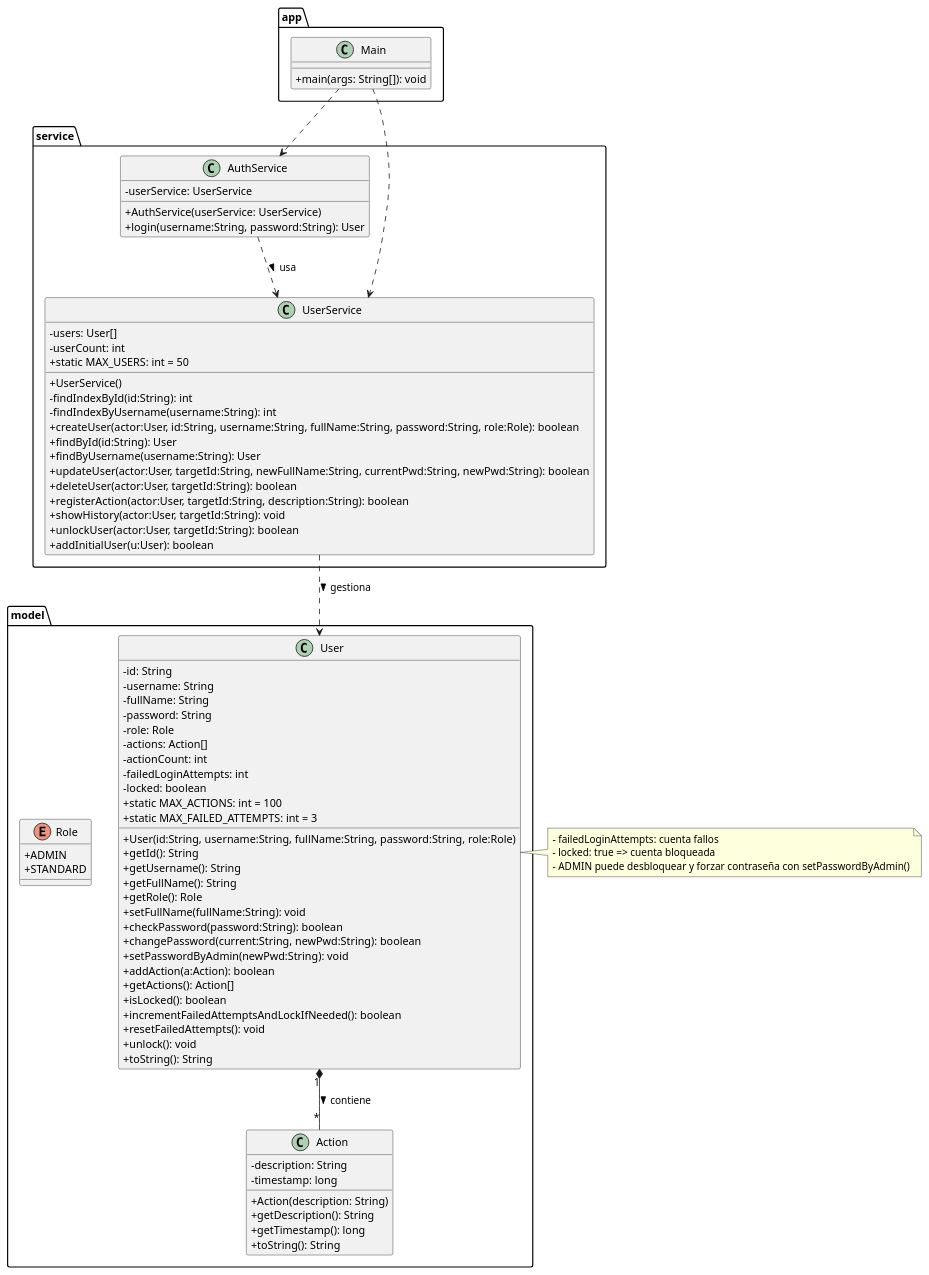
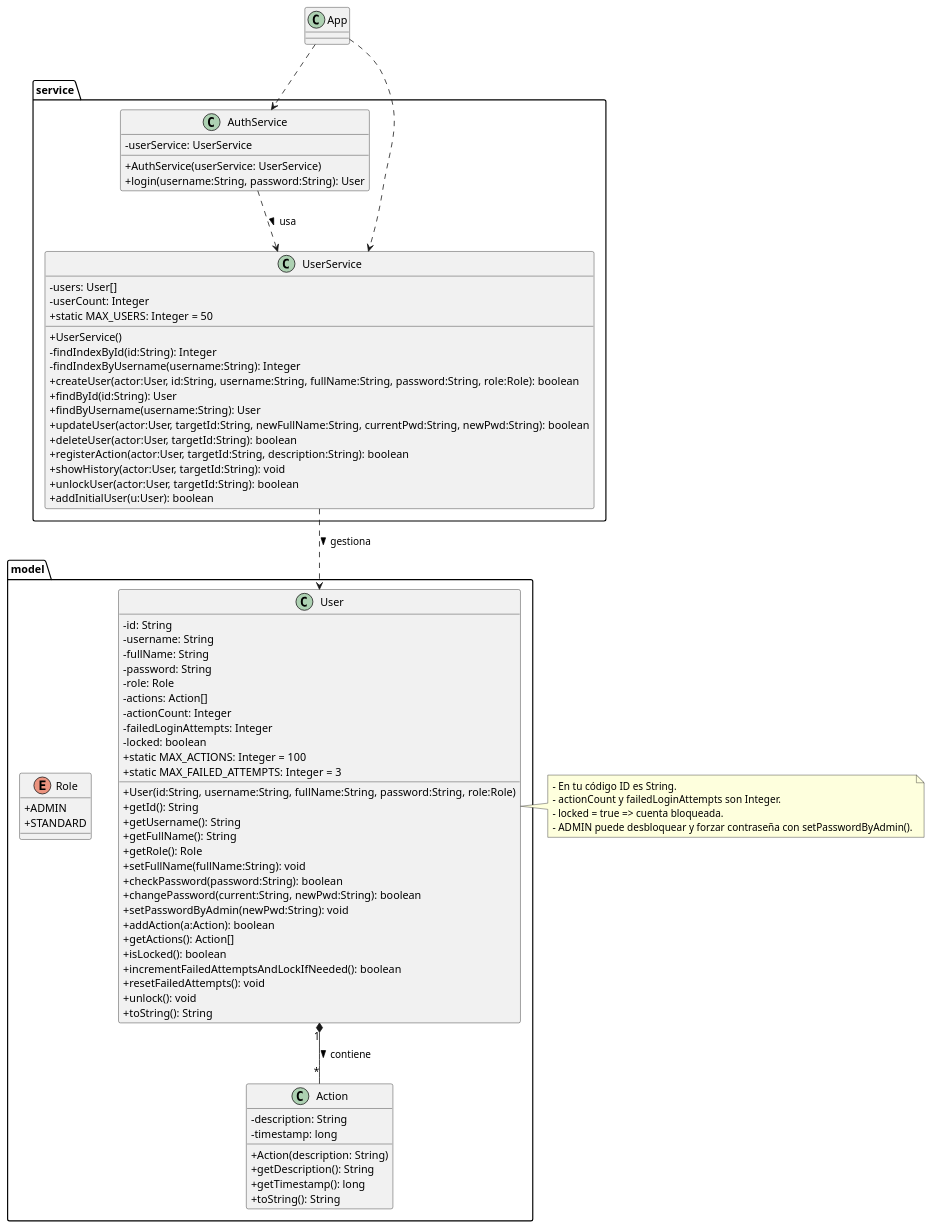
Before and after one commit to AXELR17/Curso-Java---Proyecto-2: the first of 3 diagrams in Uml/GestionClientes.plantuml, drawn with PlantUML. The commit also changed other lines of this file, not shown here.

Commit message:
Arreglo uml

```diff
--- a/Uml/GestionClientes.plantuml
+++ b/Uml/GestionClientes.plantuml
@@ -2,95 +2,91 @@
-@startumlGestionClientes
+@startuml GestionClientes
 skinparam classAttributeIconSize 0
 
 package model {
     enum Role {
         + ADMIN
         + STANDARD
     }
 
     class Action {
         - description: String
         - timestamp: long
         + Action(description: String)
         + getDescription(): String
         + getTimestamp(): long
         + toString(): String
     }
 
     class User {
         - id: String
         - username: String
         - fullName: String
         - password: String
         - role: Role
         - actions: Action[]
-        - actionCount: int
-        - failedLoginAttempts: int
+        - actionCount: Integer
+        - failedLoginAttempts: Integer
         - locked: boolean
-        + static MAX_ACTIONS: int = 100
-        + static MAX_FAILED_ATTEMPTS: int = 3
+        + static MAX_ACTIONS: Integer = 100
+        + static MAX_FAILED_ATTEMPTS: Integer = 3
         + User(id:String, username:String, fullName:String, password:String, role:Role)
         + getId(): String
         + getUsername(): String
         + getFullName(): String
         + getRole(): Role
         + setFullName(fullName:String): void
         + checkPassword(password:String): boolean
         + changePassword(current:String, newPwd:String): boolean
         + setPasswordByAdmin(newPwd:String): void
         + addAction(a:Action): boolean
         + getActions(): Action[]
         + isLocked(): boolean
         + incrementFailedAttemptsAndLockIfNeeded(): boolean
         + resetFailedAttempts(): void
         + unlock(): void
         + toString(): String
     }
 }
 
 package service {
     class UserService {
         - users: User[]
-        - userCount: int
-        + static MAX_USERS: int = 50
+        - userCount: Integer
+        + static MAX_USERS: Integer = 50
         + UserService()
-        - findIndexById(id:String): int
-        - findIndexByUsername(username:String): int
+        - findIndexById(id:String): Integer
+        - findIndexByUsername(username:String): Integer
         + createUser(actor:User, id:String, username:String, fullName:String, password:String, role:Role): boolean
         + findById(id:String): User
         + findByUsername(username:String): User
         + updateUser(actor:User, targetId:String, newFullName:String, currentPwd:String, newPwd:String): boolean
         + deleteUser(actor:User, targetId:String): boolean
         + registerAction(actor:User, targetId:String, description:String): boolean
         + showHistory(actor:User, targetId:String): void
         + unlockUser(actor:User, targetId:String): boolean
         + addInitialUser(u:User): boolean
     }
 
     class AuthService {
         - userService: UserService
         + AuthService(userService: UserService)
         + login(username:String, password:String): User
     }
 }
 
-package app {
-    class Main {
-        + main(args: String[]): void
-    }
-}
 
 ' Relaciones
 User "1" *-- "*" Action : contiene >
 UserService ..> User : gestiona >
 AuthService ..> UserService : usa >
-Main ..> AuthService
-Main ..> UserService
+App ..> AuthService
+App ..> UserService
 
 note right of User
-  - failedLoginAttempts: cuenta fallos
-  - locked: true => cuenta bloqueada
-  - ADMIN puede desbloquear y forzar contraseña con setPasswordByAdmin()
+  - En tu código ID es String.
+  - actionCount y failedLoginAttempts son Integer.
+  - locked = true => cuenta bloqueada.
+  - ADMIN puede desbloquear y forzar contraseña con setPasswordByAdmin().
 end note
 
 @enduml
```
